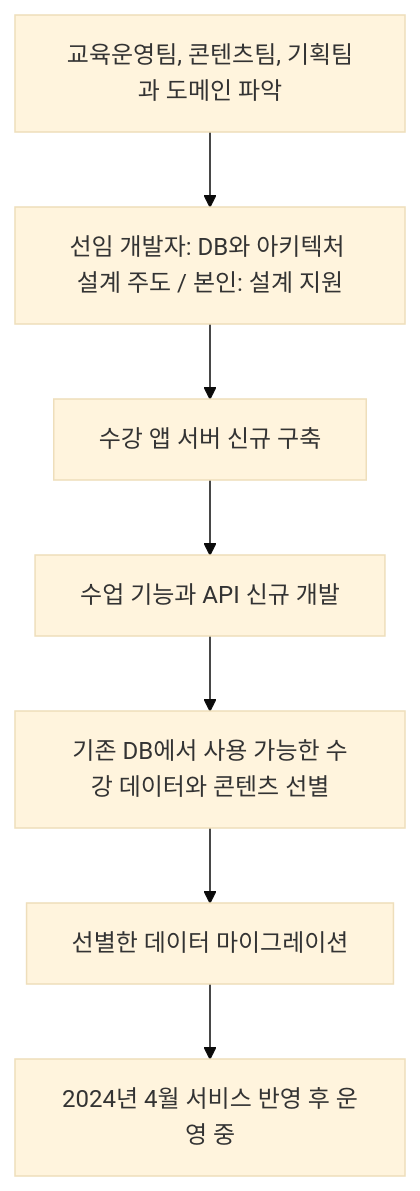
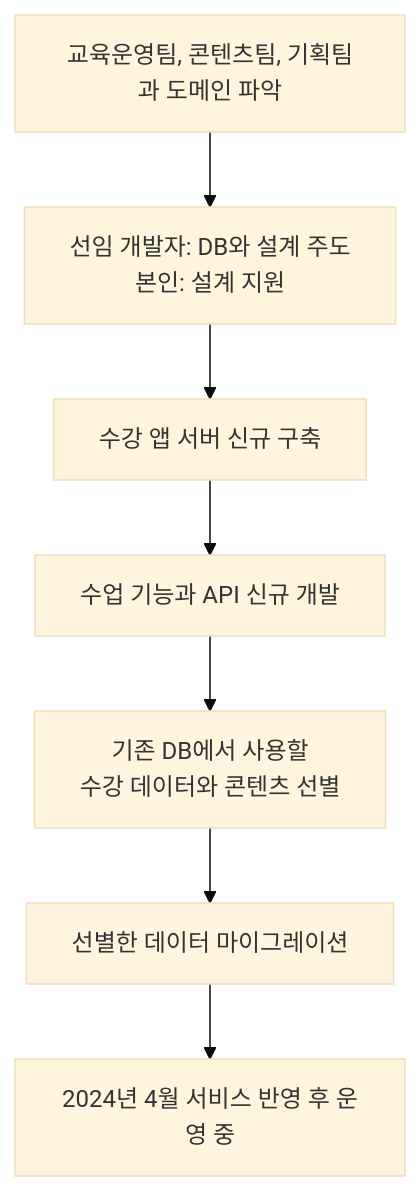
The diagram in projects/education-services/class-app-server.md (KimHG1995/work-history), drawn with Mermaid (base theme) before and after one commit. The commit also changed 18 other files, not shown here.

Commit message:
docs: 공개 Mermaid 다이어그램 가독성 전수 개선

````diff
--- a/projects/education-services/class-app-server.md
+++ b/projects/education-services/class-app-server.md
@@ -47,9 +47,9 @@
 ```mermaid
 flowchart TD
-    domain["교육운영팀, 콘텐츠팀, 기획팀과 도메인 파악"] --> architecture["선임 개발자: DB와 아키텍처 설계 주도 / 본인: 설계 지원"]
+    domain["교육운영팀, 콘텐츠팀, 기획팀과 도메인 파악"] --> architecture["선임 개발자: DB와 설계 주도<br/>본인: 설계 지원"]
     architecture --> server["수강 앱 서버 신규 구축"]
     server --> api["수업 기능과 API 신규 개발"]
-    api --> select["기존 DB에서 사용 가능한 수강 데이터와 콘텐츠 선별"]
+    api --> select["기존 DB에서 사용할<br/>수강 데이터와 콘텐츠 선별"]
     select --> migrate["선별한 데이터 마이그레이션"]
     migrate --> operation["2024년 4월 서비스 반영 후 운영 중"]
 ```
````
